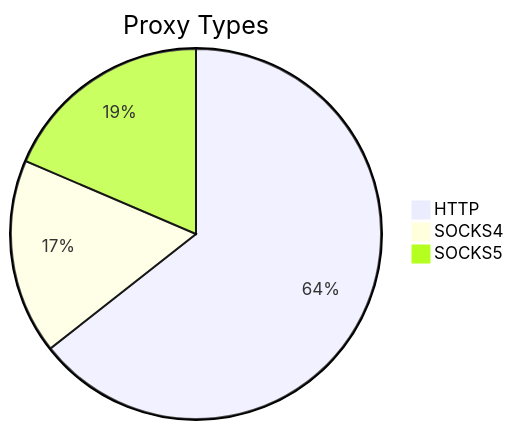
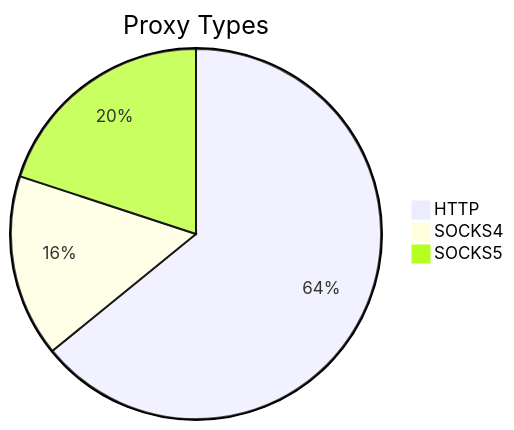
One commit to stormsia/proxy-list changed the first of 2 diagrams in README.md. Above: the diagram before and after it, drawn with Mermaid. The commit also changed other lines of this file, not shown here.

````diff
--- a/README.md
+++ b/README.md
@@ -21,6 +21,6 @@
 ```mermaid
 pie title Proxy Types
-    "HTTP" : 340
-    "SOCKS4" : 90
-    "SOCKS5" : 98
+    "HTTP" : 286
+    "SOCKS4" : 71
+    "SOCKS5" : 89
 ```
````
